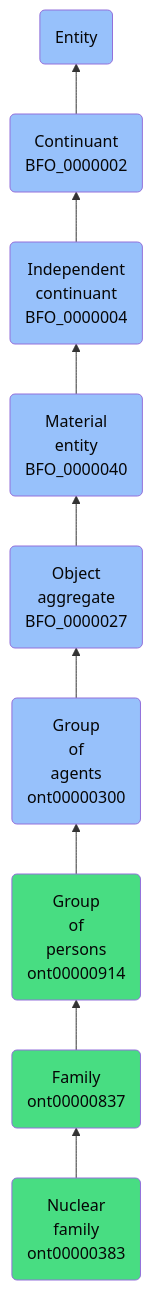
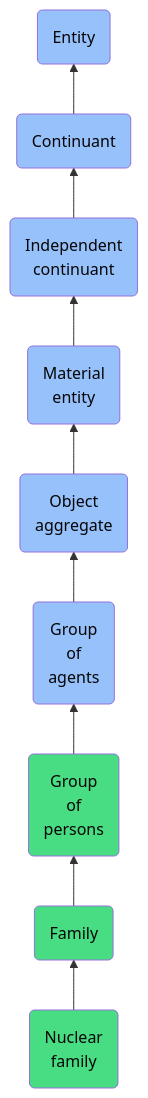
Before and after one commit to jupyter-naas/abi: the diagram in docs/ontology/reference/model/Entity/Continuant/Independent continuant/Material entity/Object aggregate/Group of agents/Group of persons/Family/Nuclear family/Nuclear family.md, drawn with Mermaid. The commit also changed other lines of this file and 1430 other files, not shown here.

````diff
--- a/docs/ontology/reference/model/Entity/Continuant/Independent continuant/Material entity/Object aggregate/Group of agents/Group of persons/Family/Nuclear family/Nuclear family.md
+++ b/docs/ontology/reference/model/Entity/Continuant/Independent continuant/Material entity/Object aggregate/Group of agents/Group of persons/Family/Nuclear family/Nuclear family.md
@@ -24,16 +24,16 @@
 ```mermaid
 graph BT
-    ont00000383(Nuclear<br>family<br>ont00000383):::ABI-->ont00000837
-    ont00000837(Family<br>ont00000837):::ABI-->ont00000914
-    ont00000914(Group<br>of<br>persons<br>ont00000914):::ABI-->ont00000300
-    ont00000300(Group<br>of<br>agents<br>ont00000300):::BFO-->BFO_0000027
-    BFO_0000027(Object<br>aggregate<br>BFO_0000027):::BFO-->BFO_0000040
-    BFO_0000040(Material<br>entity<br>BFO_0000040):::BFO-->BFO_0000004
-    BFO_0000004(Independent<br>continuant<br>BFO_0000004):::BFO-->BFO_0000002
-    BFO_0000002(Continuant<br>BFO_0000002):::BFO-->BFO_0000001
+    ont00000383(Nuclear<br>family):::ABI-->ont00000837
+    ont00000837(Family):::ABI-->ont00000914
+    ont00000914(Group<br>of<br>persons):::ABI-->ont00000300
+    ont00000300(Group<br>of<br>agents):::BFO-->BFO_0000027
+    BFO_0000027(Object<br>aggregate):::BFO-->BFO_0000040
+    BFO_0000040(Material<br>entity):::BFO-->BFO_0000004
+    BFO_0000004(Independent<br>continuant):::BFO-->BFO_0000002
+    BFO_0000002(Continuant):::BFO-->BFO_0000001
     BFO_0000001(Entity):::BFO
     
     classDef BFO fill:#97c1fb,color:#060606
     classDef CCO fill:#e4c51e,color:#060606
     classDef ABI fill:#48DD82,color:#060606
 ```
````
